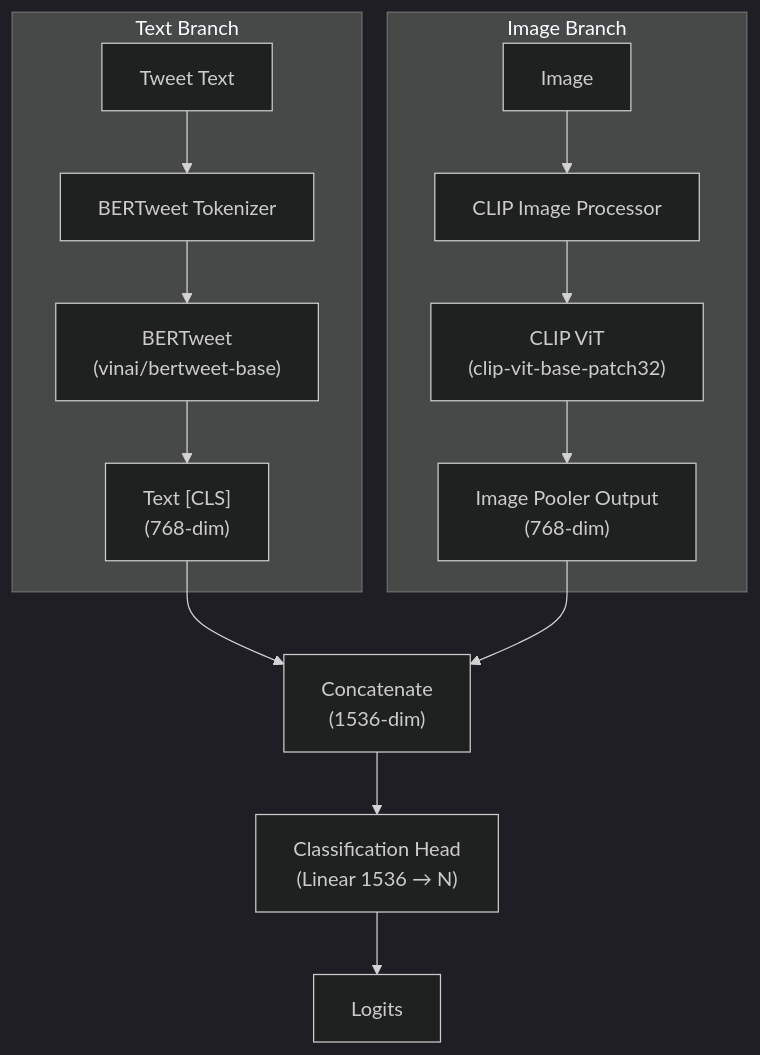
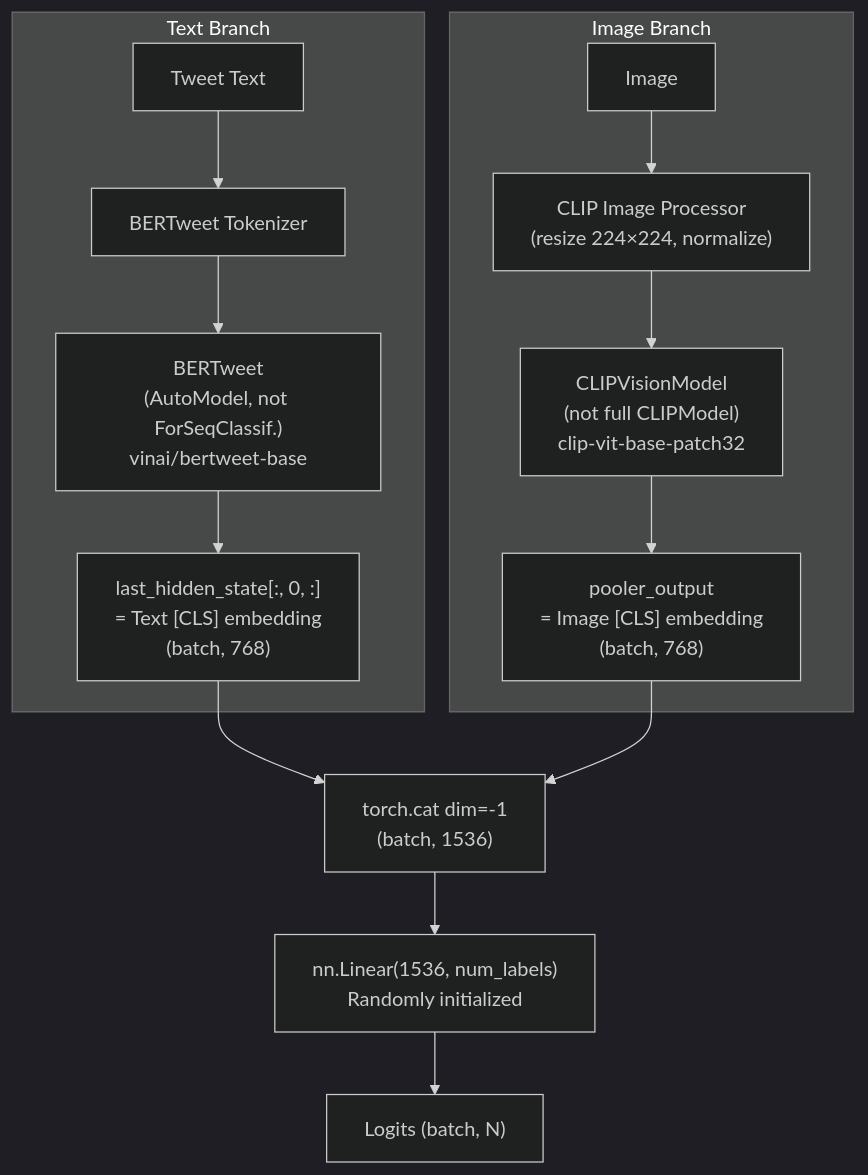
One commit to anhtranst/cotrain_crisisMMD changed the fourth of 5 diagrams in README.md. Above: the diagram before and after it, drawn with Mermaid (dark theme). The commit also changed other lines of this file and 7 other files, not shown here.

First line of the commit message:
feat: update README with detailed model architecture diagrams and new features

````diff
--- a/README.md
+++ b/README.md
@@ -182,19 +185,19 @@
 ```mermaid
 graph TD
     subgraph "Text Branch"
         TEXT["Tweet Text"] --> TOK["BERTweet Tokenizer"]
-        TOK --> BERT["BERTweet<br/>(vinai/bertweet-base)"]
-        BERT --> TCLS["Text [CLS]<br/>(768-dim)"]
+        TOK --> BERT["BERTweet<br/>(AutoModel, not ForSeqClassif.)<br/>vinai/bertweet-base"]
+        BERT --> TCLS["last_hidden_state[:, 0, :]<br/>= Text [CLS] embedding<br/>(batch, 768)"]
     end
 
     subgraph "Image Branch"
-        IMG["Image"] --> PROC["CLIP Image Processor"]
-        PROC --> VIT["CLIP ViT<br/>(clip-vit-base-patch32)"]
-        VIT --> ICLS["Image Pooler Output<br/>(768-dim)"]
+        IMG["Image"] --> PROC["CLIP Image Processor<br/>(resize 224×224, normalize)"]
+        PROC --> VIT["CLIPVisionModel<br/>(not full CLIPModel)<br/>clip-vit-base-patch32"]
+        VIT --> ICLS["pooler_output<br/>= Image [CLS] embedding<br/>(batch, 768)"]
     end
 
-    TCLS --> CAT["Concatenate<br/>(1536-dim)"]
+    TCLS --> CAT["torch.cat dim=-1<br/>(batch, 1536)"]
     ICLS --> CAT
-    CAT --> HEAD["Classification Head<br/>(Linear 1536 → N)"]
-    HEAD --> LOGITS["Logits"]
+    CAT --> HEAD["nn.Linear(1536, num_labels)<br/>Randomly initialized"]
+    HEAD --> LOGITS["Logits (batch, N)"]
 ```
````
